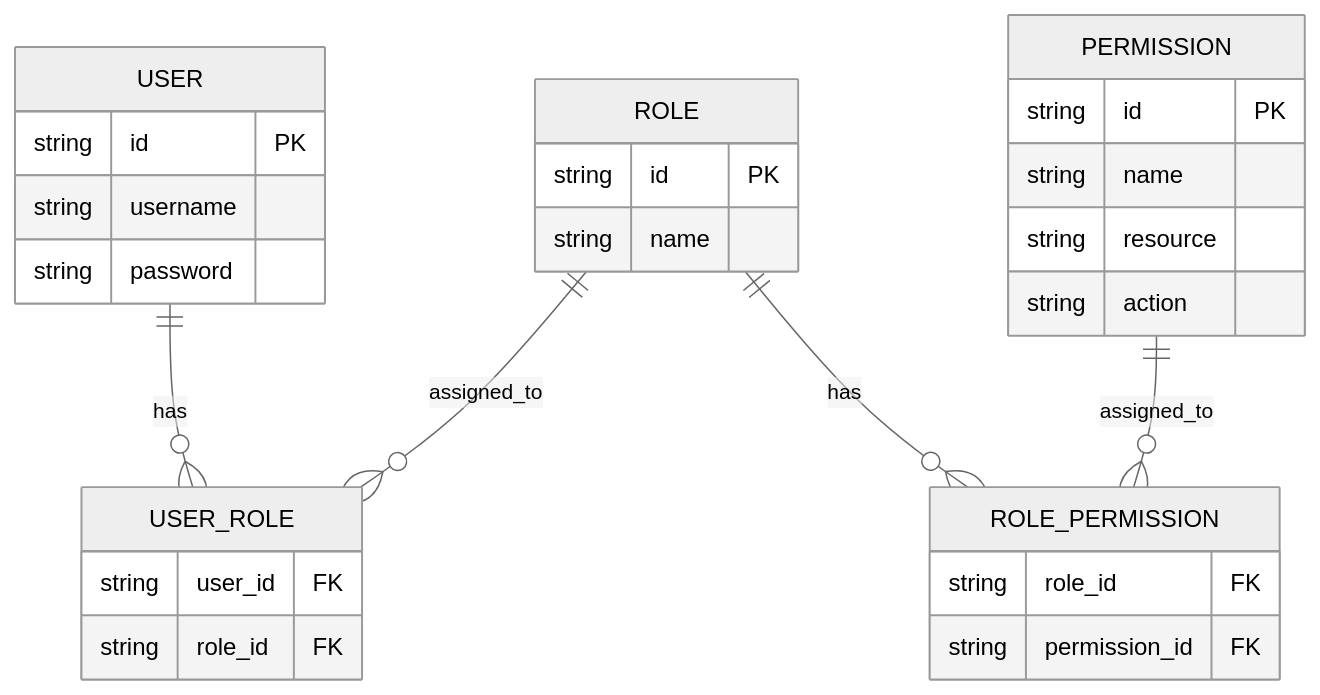
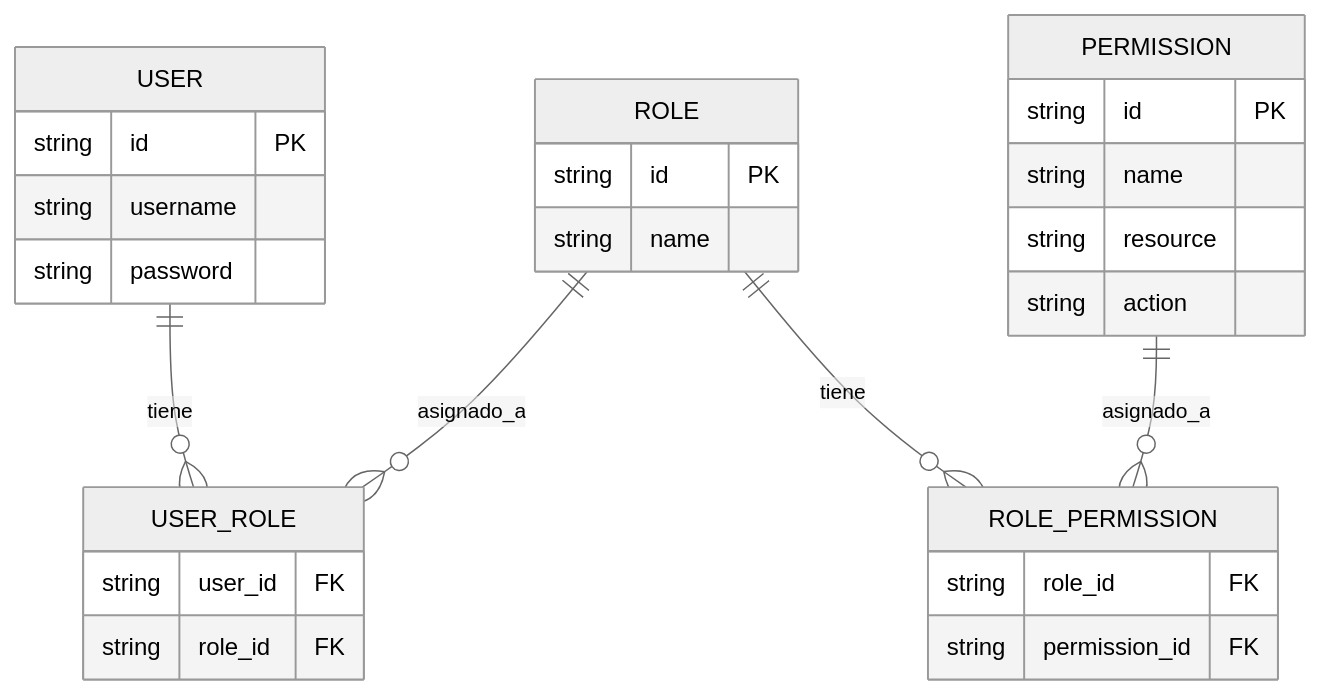
Before and after one commit to logto-io/auth-wiki: the first of 4 diagrams in src/content/terms/es/rbac.mdx, drawn with Mermaid (neutral theme). The commit also changed other lines of this file and 98 other files, not shown here.

````diff
--- a/src/content/terms/es/rbac.mdx
+++ b/src/content/terms/es/rbac.mdx
@@ -38,35 +143,35 @@
 ```mermaid
 erDiagram
-  USER ||--o{ USER_ROLE : has
-  ROLE ||--o{ USER_ROLE : assigned_to
-  ROLE ||--o{ ROLE_PERMISSION : has
-  PERMISSION ||--o{ ROLE_PERMISSION : assigned_to
+  USER ||--o{ USER_ROLE : tiene
+  ROLE ||--o{ USER_ROLE : asignado_a
+  ROLE ||--o{ ROLE_PERMISSION : tiene
+  PERMISSION ||--o{ ROLE_PERMISSION : asignado_a
 
   USER {
     string id PK
     string username
     string password
   }
 
   ROLE {
     string id PK
     string name
   }
 
   PERMISSION {
     string id PK
     string name
     string resource
     string action
   }
 
   USER_ROLE {
     string user_id FK
     string role_id FK
   }
 
   ROLE_PERMISSION {
     string role_id FK
     string permission_id FK
   }
 ```
````
